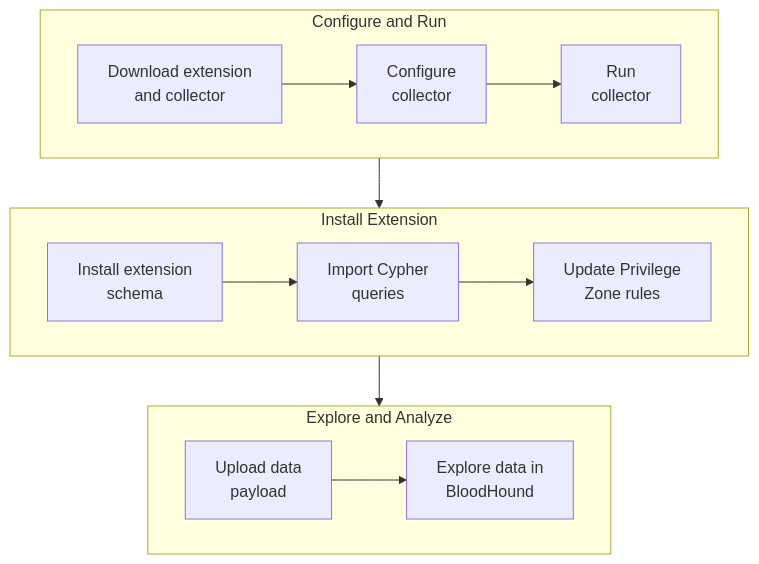
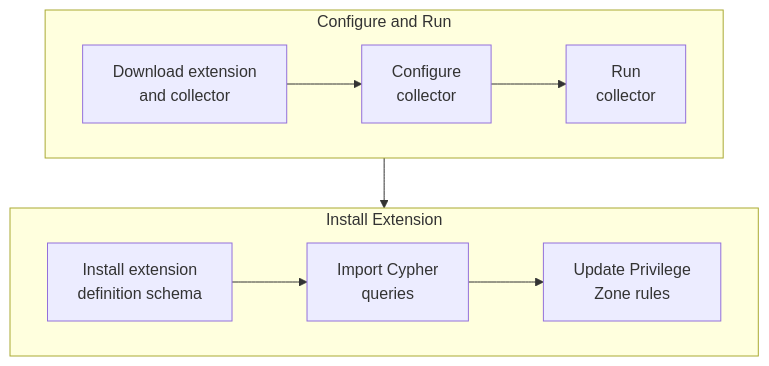
One commit to SpecterOps/bloodhound-docs changed the first of 2 diagrams in docs/opengraph/extensions/manage.mdx. Above: the diagram before and after it, drawn with Mermaid. The commit also changed other lines of this file, not shown here.

````diff
--- a/docs/opengraph/extensions/manage.mdx
+++ b/docs/opengraph/extensions/manage.mdx
@@ -109,20 +118,16 @@
 ```mermaid
 flowchart TB
 	subgraph prepare[Configure and Run]
 		a["Download extension<br/>and collector"]
         a-->b["Configure<br/> collector"]
         b-->c["Run<br/>collector"]
     end
 
 	subgraph upload[Install Extension]
-		f["Install extension<br/>schema"]
+		f["Install extension<br/>definition schema"]
         f-->g["Import Cypher<br/>queries"]
 		g-->h["Update Privilege<br/>Zone rules"]
 	end
 
-	subgraph use[Explore and Analyze]
-		i["Upload data<br/>payload"]
-		i-->j["Explore data in<br/>BloodHound"]
-	end
-    prepare-->upload-->use
+    prepare-->upload
 ```
````
